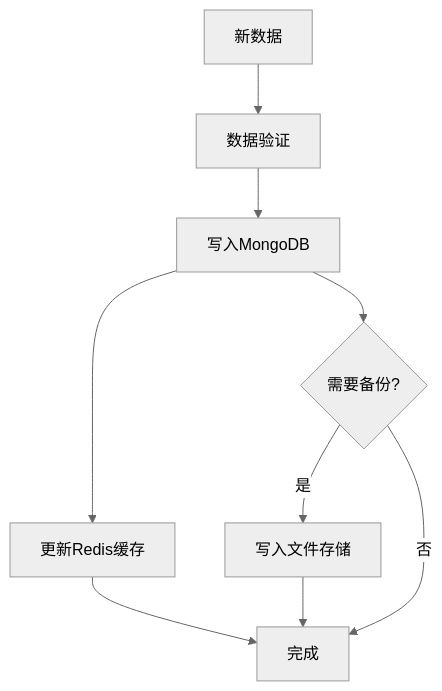
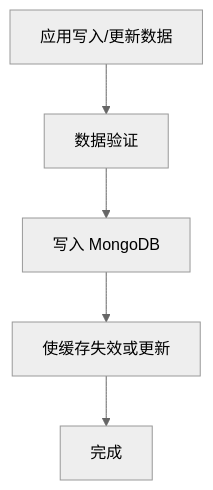
The third of 3 diagrams in docs/architecture/database-architecture.md (YUHAO-corn/manufacturing-agents), drawn with Mermaid (neutral theme) before and after one commit. The commit also changed other lines of this file and 3 other files, not shown here.

````diff
--- a/docs/architecture/database-architecture.md
+++ b/docs/architecture/database-architecture.md
@@ -177,11 +136,7 @@
 ```mermaid
 graph TD
-    A[新数据] --> B[数据验证]
-    B --> C[写入MongoDB]
-    C --> D[更新Redis缓存]
-    C --> E{需要备份?}
-    E -->|是| F[写入文件存储]
-    E -->|否| G[完成]
-    D --> G
-    F --> G
+    A[应用写入/更新数据] --> B[数据验证];
+    B --> C[写入 MongoDB];
+    C --> D[使缓存失效或更新];
+    D --> E[完成];
 ```
````
